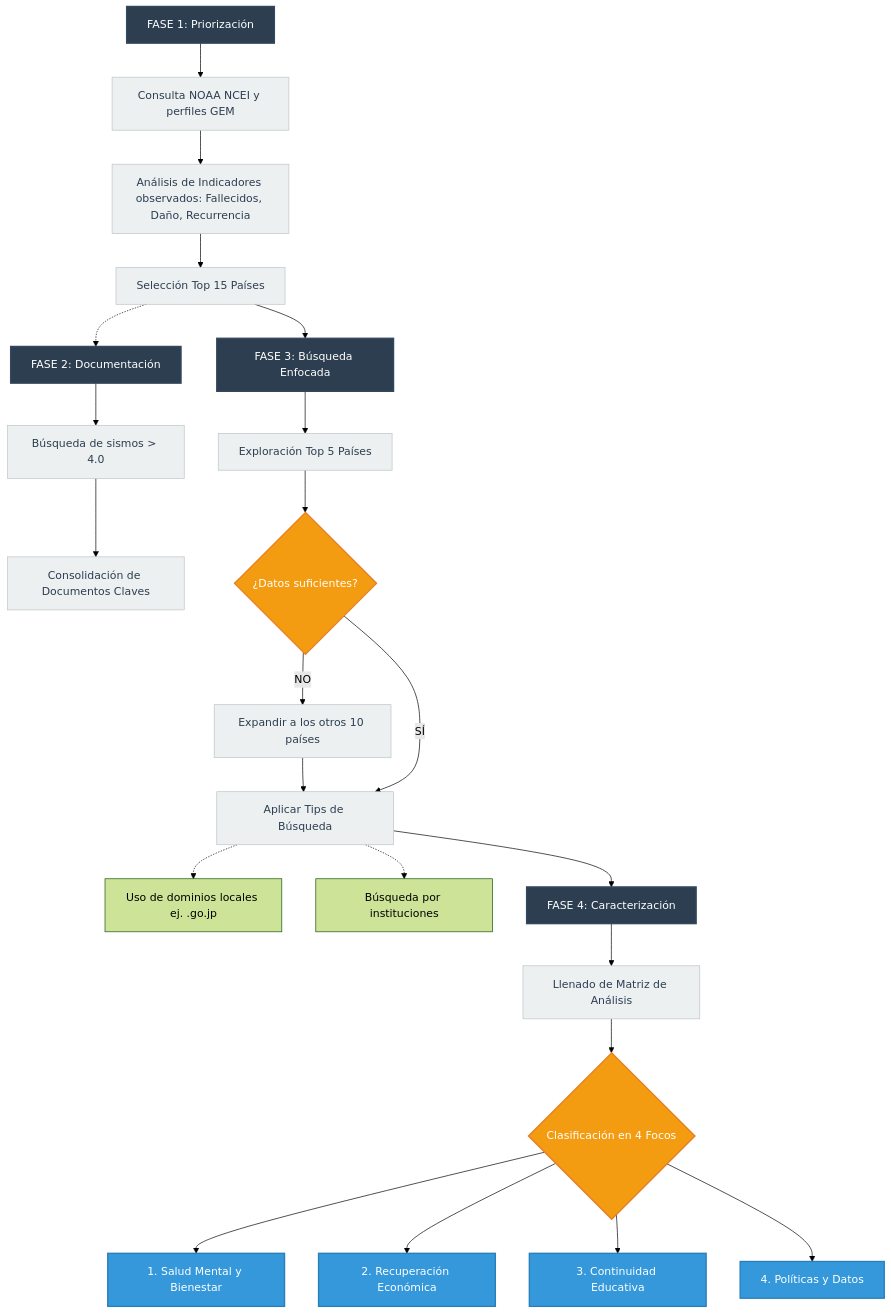
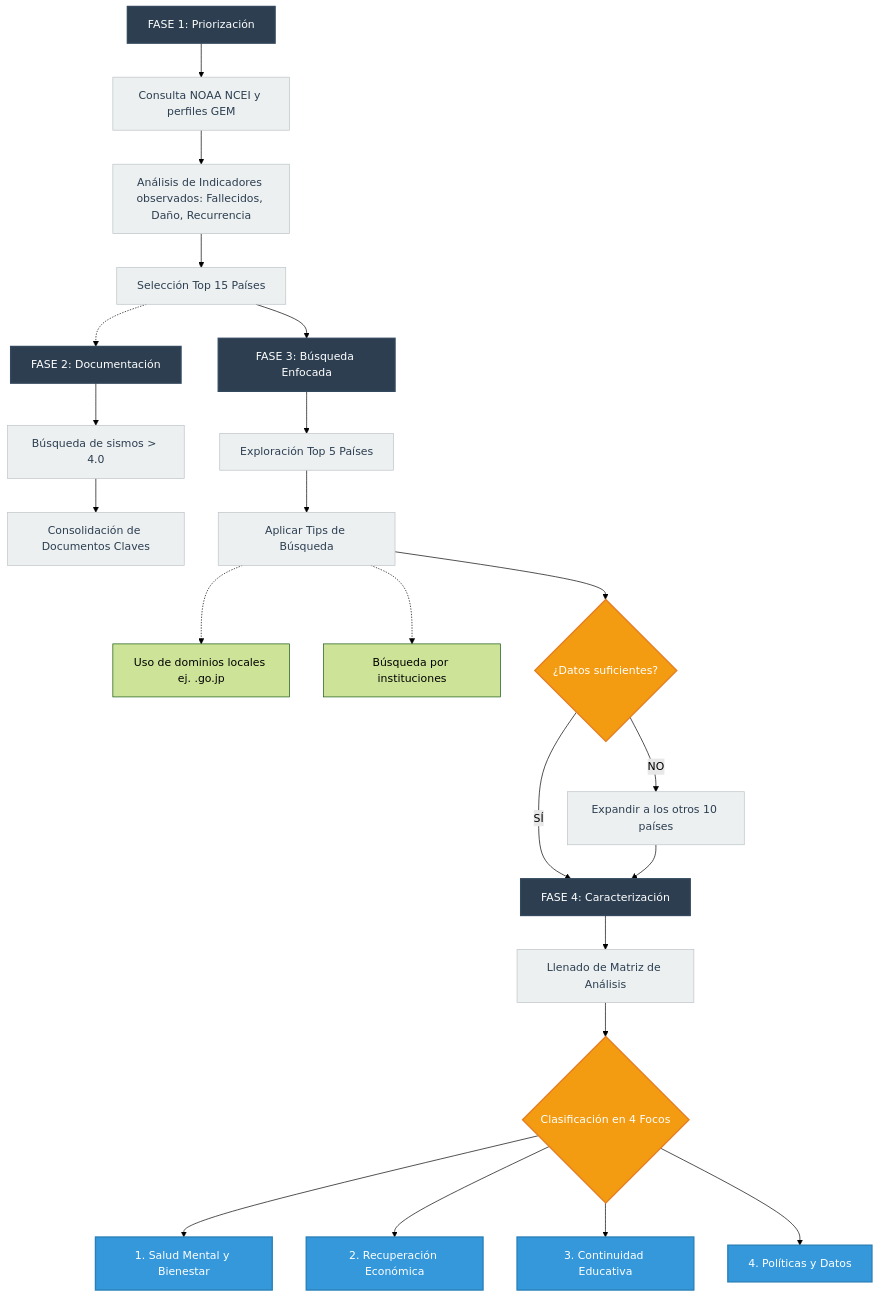
Before and after one commit to mafab9125/Propuesta-vigilancia: the diagram in README.md, drawn with Mermaid (forest theme).

Commit message:
Refactor decision points and actions in README
Reorganize flow and decision points in the process diagram.

````diff
--- a/README.md
+++ b/README.md
@@ -11,37 +11,38 @@
 ```mermaid
 graph TD
     %% Estilos
     classDef fase fill:#2c3e50,stroke:#34495e,stroke-width:2px,color:#fff;
     classDef accion fill:#ecf0f1,stroke:#bdc3c7,stroke-width:1px,color:#2c3e50;
     classDef decision fill:#f39c12,stroke:#e67e22,stroke-width:2px,color:#fff;
     classDef foco fill:#3498db,stroke:#2980b9,stroke-width:2px,color:#fff;
 
     F1[FASE 1: Priorización]:::fase --> A1[Consulta NOAA NCEI y perfiles GEM]:::accion
     A1 --> A2[Análisis de Indicadores observados: Fallecidos, Daño, Recurrencia]:::accion
     A2 --> A3[Selección Top 15 Países]:::accion
 
     F2[FASE 2: Documentación]:::fase --> B1[Búsqueda de sismos > 4.0]:::accion
     B1 --> B2[Consolidación de Documentos Claves]:::accion
     A3 -.-> F2
 
     F3[FASE 3: Búsqueda Enfocada]:::fase --> C1[Exploración Top 5 Países]:::accion
     A3 --> F3
-    C1 --> C2{¿Datos suficientes?}:::decision
-    C2 -- NO --> C3[Expandir a los otros 10 países]:::accion
-    C3 --> C4
-    C2 -- SÍ --> C4[Aplicar Tips de Búsqueda]:::accion
     
+    C1 --> C4[Aplicar Tips de Búsqueda]:::accion
     C4 -.-> T1[Uso de dominios locales ej. .go.jp]
     C4 -.-> T2[Búsqueda por instituciones]
+    
+    C4 --> C2{¿Datos suficientes?}:::decision
+    
+    C2 -- SÍ --> F4[FASE 4: Caracterización]:::fase
+    C2 -- NO --> C3[Expandir a los otros 10 países]:::accion
+    C3 --> F4
 
-    F4[FASE 4: Caracterización]:::fase
-    C4 --> F4
     F4 --> D1[Llenado de Matriz de Análisis]:::accion
     D1 --> D2{Clasificación en 4 Focos}:::decision
     
     D2 --> F_1[1. Salud Mental y Bienestar]:::foco
     D2 --> F_2[2. Recuperación Económica]:::foco
     D2 --> F_3[3. Continuidad Educativa]:::foco
     D2 --> F_4[4. Políticas y Datos]:::foco
 
 ```
````
